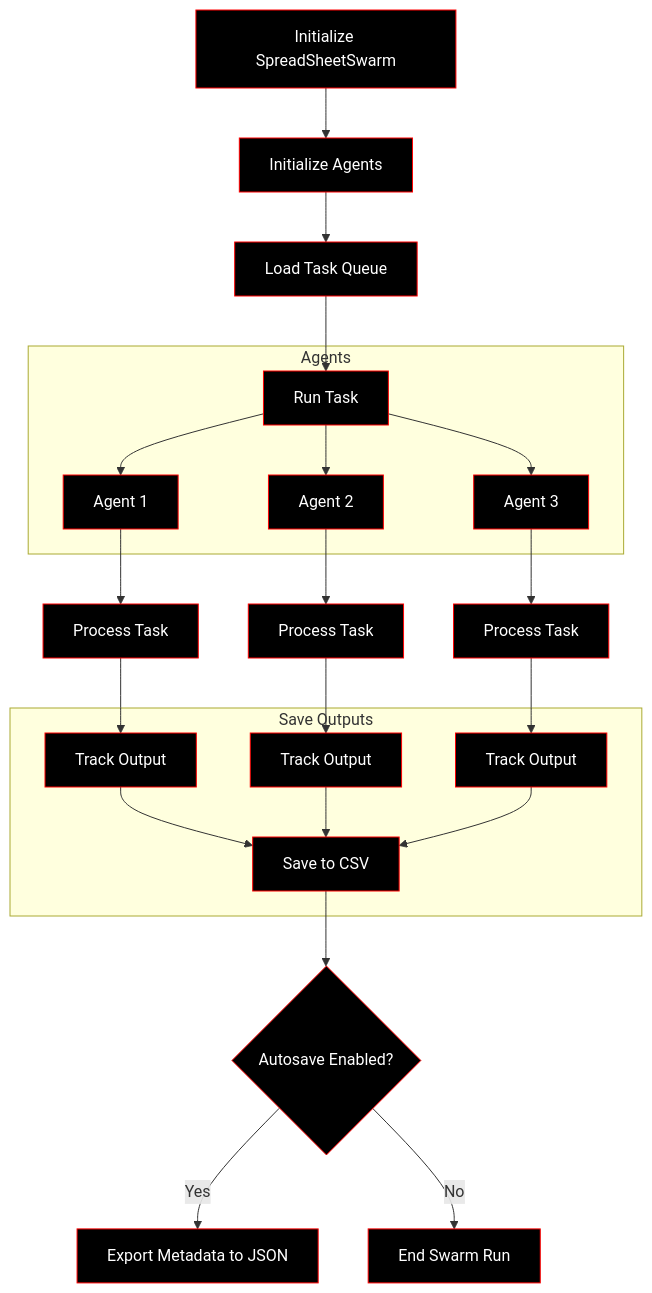
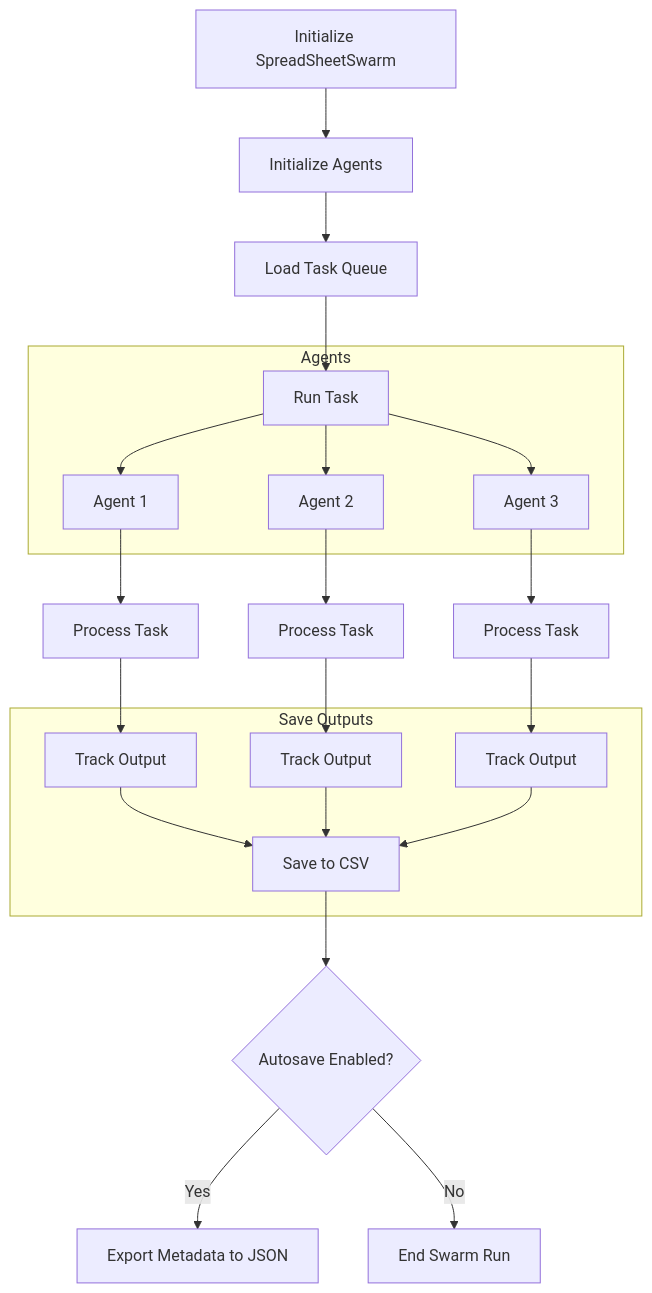
One commit to kyegomez/swarms changed the fifth of 17 diagrams in docs/swarms/concept/swarm_architectures.md. Above: the diagram before and after it, drawn with Mermaid. The commit also changed other lines of this file, not shown here.

Commit message:
[docs] [update]

````diff
--- a/docs/swarms/concept/swarm_architectures.md
+++ b/docs/swarms/concept/swarm_architectures.md
@@ -145,35 +145,31 @@
 ```mermaid
 
 graph TD
     A[Initialize SpreadSheetSwarm] --> B[Initialize Agents]
     B --> C[Load Task Queue]
     C --> D[Run Task]
 
     subgraph Agents
         D --> E1[Agent 1]
         D --> E2[Agent 2]
         D --> E3[Agent 3]
     end
 
     E1 --> F1[Process Task]
     E2 --> F2[Process Task]
     E3 --> F3[Process Task]
 
     F1 --> G1[Track Output]
     F2 --> G2[Track Output]
     F3 --> G3[Track Output]
 
     subgraph Save Outputs
         G1 --> H[Save to CSV]
         G2 --> H[Save to CSV]
         G3 --> H[Save to CSV]
     end
 
     H --> I{Autosave Enabled?}
     I --> |Yes| J[Export Metadata to JSON]
     I --> |No| K[End Swarm Run]
-    
-    %% Style adjustments
-    classDef blackBox fill:#000,stroke:#f00,color:#fff;
-    class A,B,C,D,E1,E2,E3,F1,F2,F3,G1,G2,G3,H,I,J,K blackBox;
 ```
````
